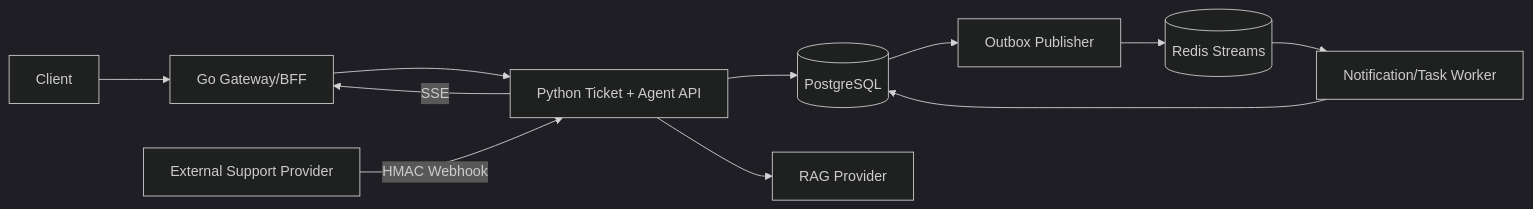
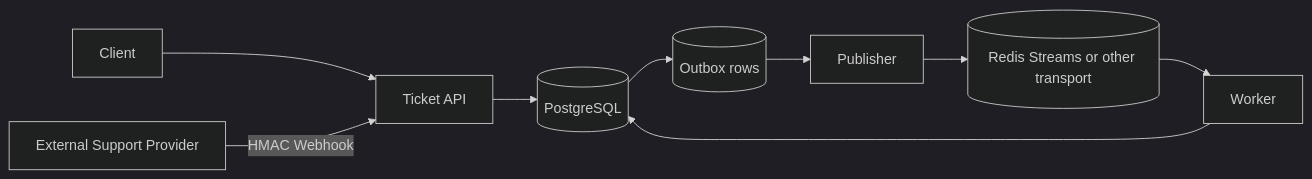
The fifth of 8 diagrams in projects/reliable-support-agent/architecture.md (chasen2041maker/backend-learning-lab), drawn with Mermaid (dark theme) before and after one commit. The commit also changed other lines of this file and 27 other files, not shown here.

````diff
--- a/projects/reliable-support-agent/architecture.md
+++ b/projects/reliable-support-agent/architecture.md
@@ -3,13 +131,11 @@
 ```mermaid
 flowchart LR
-    Client["Client"] --> BFF["Go Gateway/BFF"]
-    BFF --> API["Python Ticket + Agent API"]
-    API --> PG[("PostgreSQL")]
-    API --> RAG["RAG Provider"]
-    PG --> Publisher["Outbox Publisher"]
-    Publisher --> Stream[("Redis Streams")]
-    Stream --> Worker["Notification/Task Worker"]
-    Worker --> PG
-    API -->|"SSE"| BFF
-    Provider["External Support Provider"] -->|"HMAC Webhook"| API
+    Client --> API[Ticket API]
+    API --> PG[(PostgreSQL)]
+    PG --> OUTBOX[(Outbox rows)]
+    OUTBOX --> PUB[Publisher]
+    PUB --> BUS[(Redis Streams or other transport)]
+    BUS --> WORKER[Worker]
+    WORKER --> PG
+    Provider[External Support Provider] -->|HMAC Webhook| API
 ```
````
